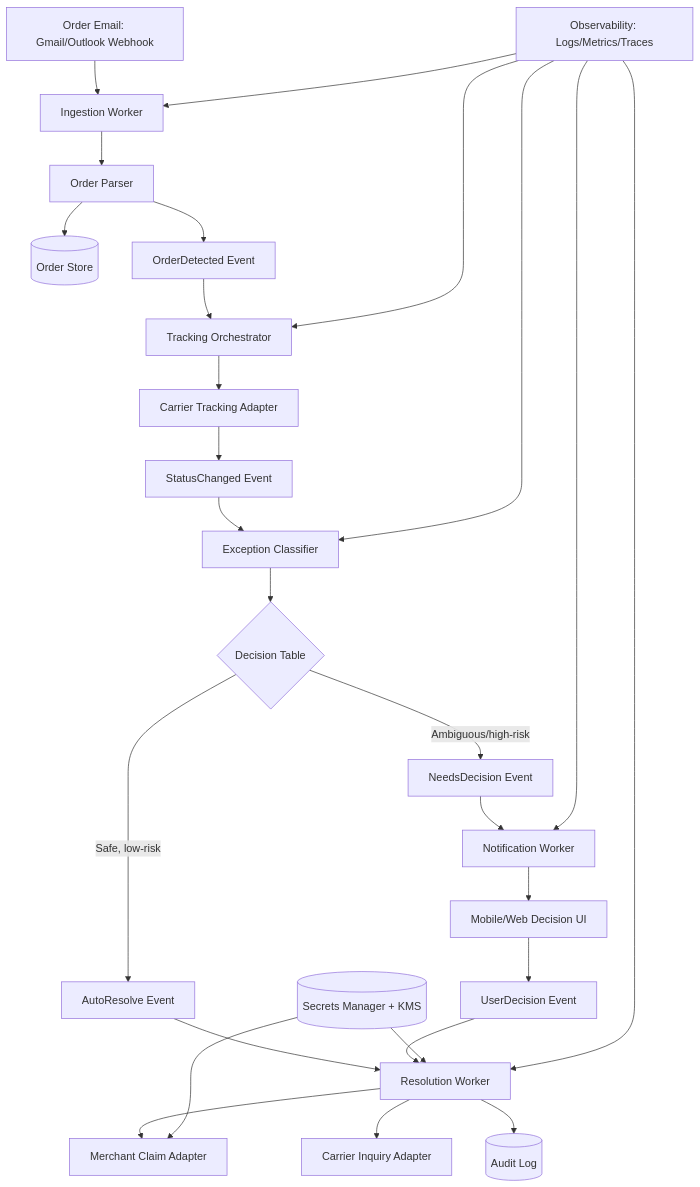
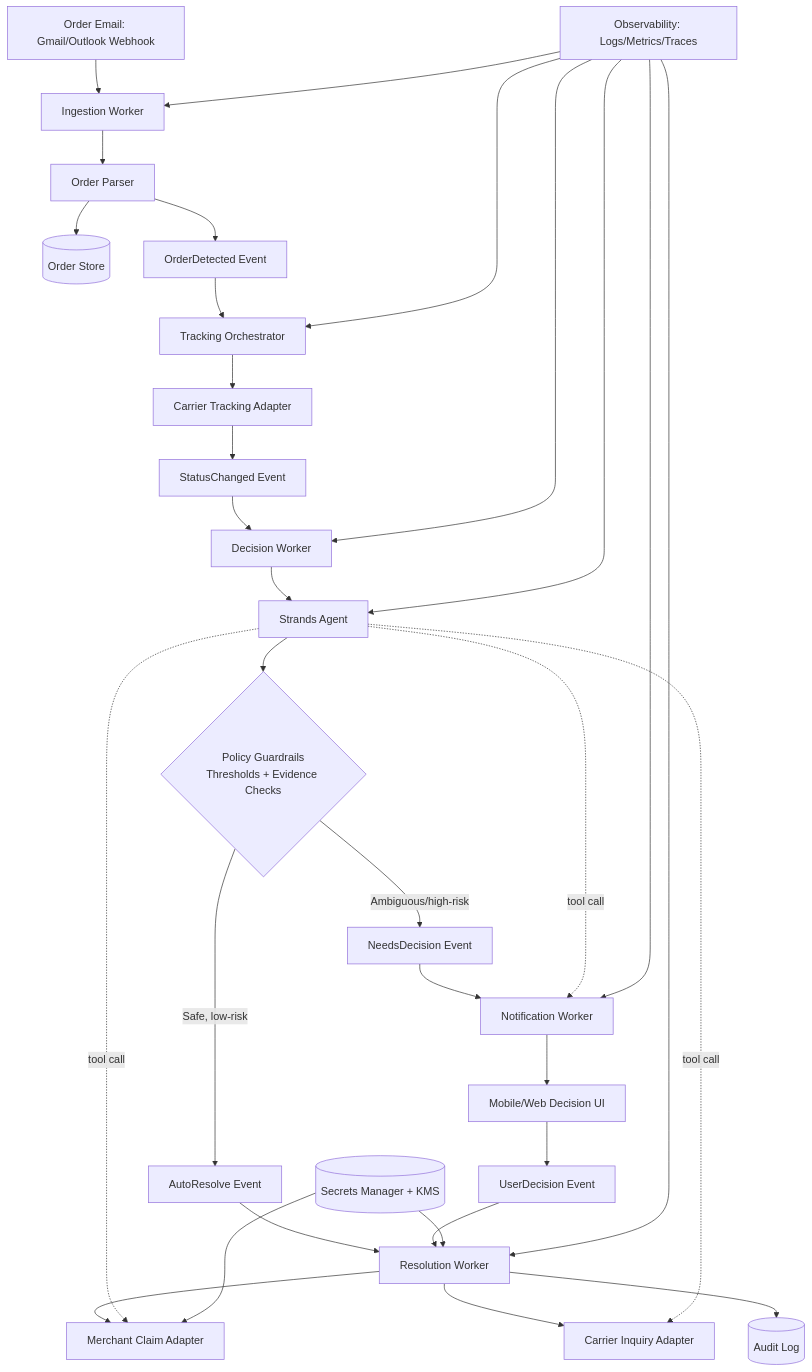
The first of 2 diagrams in docs/01-architecture-diagram.md (aashanashanu/claim-pilot), drawn with Mermaid before and after one commit. The commit also changed other lines of this file, not shown here.

Commit message:
strands diagram update

````diff
--- a/docs/01-architecture-diagram.md
+++ b/docs/01-architecture-diagram.md
@@ -7,36 +7,42 @@
 ```mermaid
 flowchart TD
     A[Order Email: Gmail/Outlook Webhook] --> B[Ingestion Worker]
     B --> C[Order Parser]
     C --> D[(Order Store)]
     C --> E[OrderDetected Event]
 
     E --> F[Tracking Orchestrator]
     F --> G[Carrier Tracking Adapter]
     G --> H[StatusChanged Event]
 
-    H --> I[Exception Classifier]
-    I --> J{Decision Table}
+    H --> I[Decision Worker]
+    I --> J[Strands Agent]
+    J --> K{Policy Guardrails\nThresholds + Evidence Checks}
 
-    J -->|Safe, low-risk| K[AutoResolve Event]
-    J -->|Ambiguous/high-risk| L[NeedsDecision Event]
+    K -->|Safe, low-risk| L[AutoResolve Event]
+    K -->|Ambiguous/high-risk| M[NeedsDecision Event]
 
-    K --> M[Resolution Worker]
-    M --> N[Merchant Claim Adapter]
-    M --> O[Carrier Inquiry Adapter]
-    M --> P[(Audit Log)]
+    L --> N[Resolution Worker]
+    N --> O[Merchant Claim Adapter]
+    N --> P[Carrier Inquiry Adapter]
+    N --> Q[(Audit Log)]
 
-    L --> Q[Notification Worker]
-    Q --> R[Mobile/Web Decision UI]
-    R --> S[UserDecision Event]
-    S --> M
-
-    T[(Secrets Manager + KMS)] --> M
+    M --> R[Notification Worker]
+    R --> S[Mobile/Web Decision UI]
+    S --> T[UserDecision Event]
     T --> N
 
-    U[Observability: Logs/Metrics/Traces] --> B
-    U --> F
-    U --> I
-    U --> M
-    U --> Q
+    J -.tool call.-> O
+    J -.tool call.-> P
+    J -.tool call.-> R
+
+    U[(Secrets Manager + KMS)] --> N
+    U --> O
+
+    V[Observability: Logs/Metrics/Traces] --> B
+    V --> F
+    V --> I
+    V --> J
+    V --> N
+    V --> R
 ```
````
